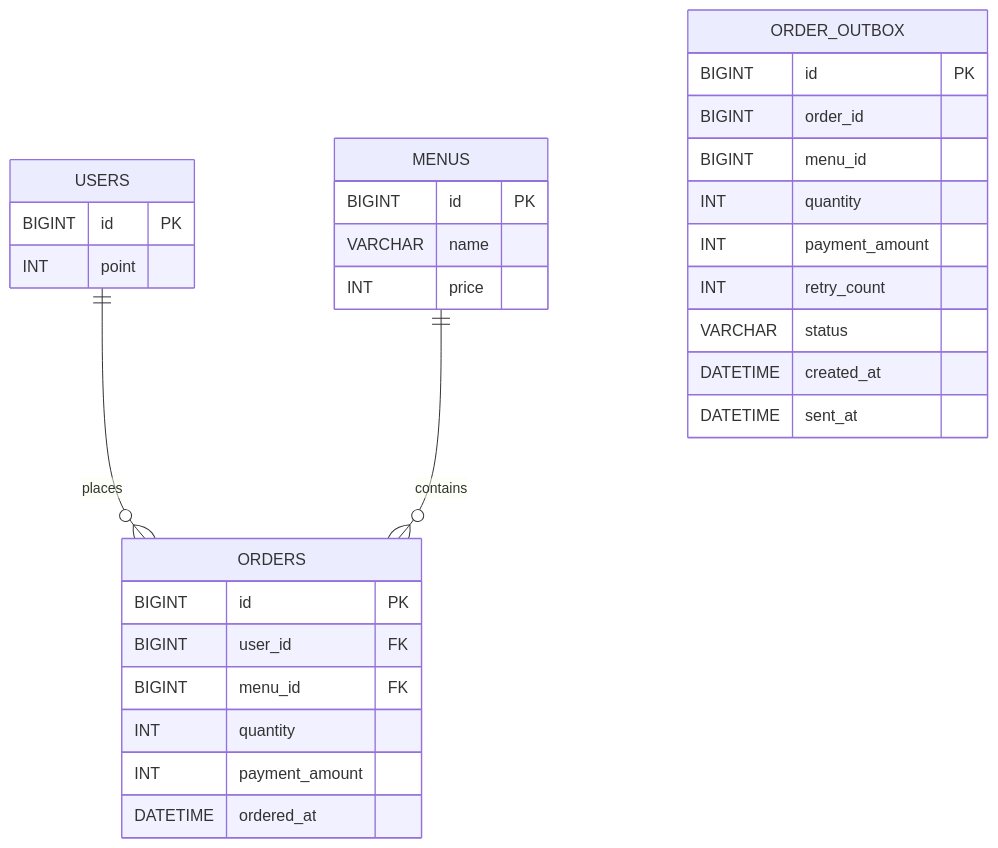
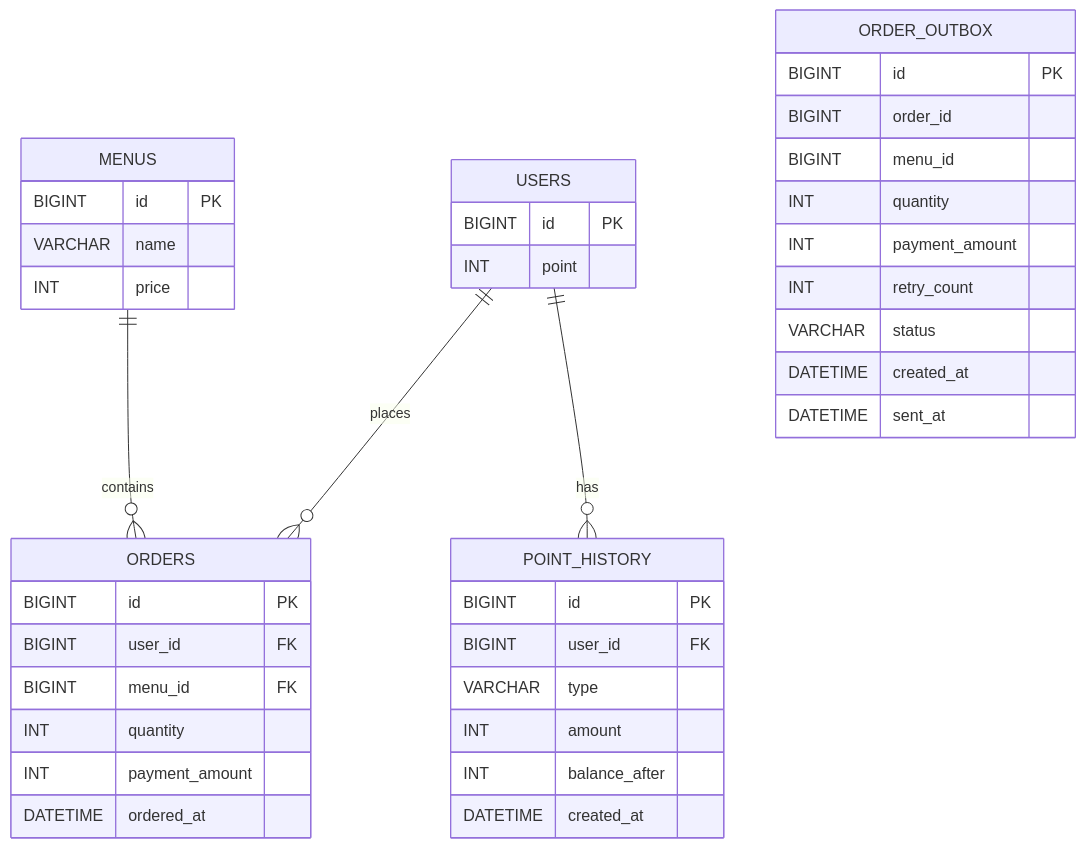
Before and after one commit to lowtempice9489/coffee_order_system: the diagram in README.md, drawn with Mermaid. The commit also changed other lines of this file and 2 other files, not shown here.

Commit message:
docs: 포인트 이력 기능 README 및 ERD 반영

````diff
--- a/README.md
+++ b/README.md
@@ -263,37 +319,48 @@
 ```mermaid
 erDiagram
     USERS ||--o{ ORDERS : places
+    USERS ||--o{ POINT_HISTORY : has
     MENUS ||--o{ ORDERS : contains
 
     USERS {
         BIGINT id PK
         INT point
     }
 
     MENUS {
         BIGINT id PK
         VARCHAR name
         INT price
     }
 
     ORDERS {
         BIGINT id PK
         BIGINT user_id FK
         BIGINT menu_id FK
         INT quantity
         INT payment_amount
         DATETIME ordered_at
     }
 
+
+    POINT_HISTORY {
+        BIGINT id PK
+        BIGINT user_id FK
+        VARCHAR type
+        INT amount
+        INT balance_after
+        DATETIME created_at
+    }
+
     ORDER_OUTBOX {
         BIGINT id PK
         BIGINT order_id
         BIGINT menu_id
         INT quantity
         INT payment_amount
         INT retry_count
         VARCHAR status
         DATETIME created_at
         DATETIME sent_at
     }
 ```
````
